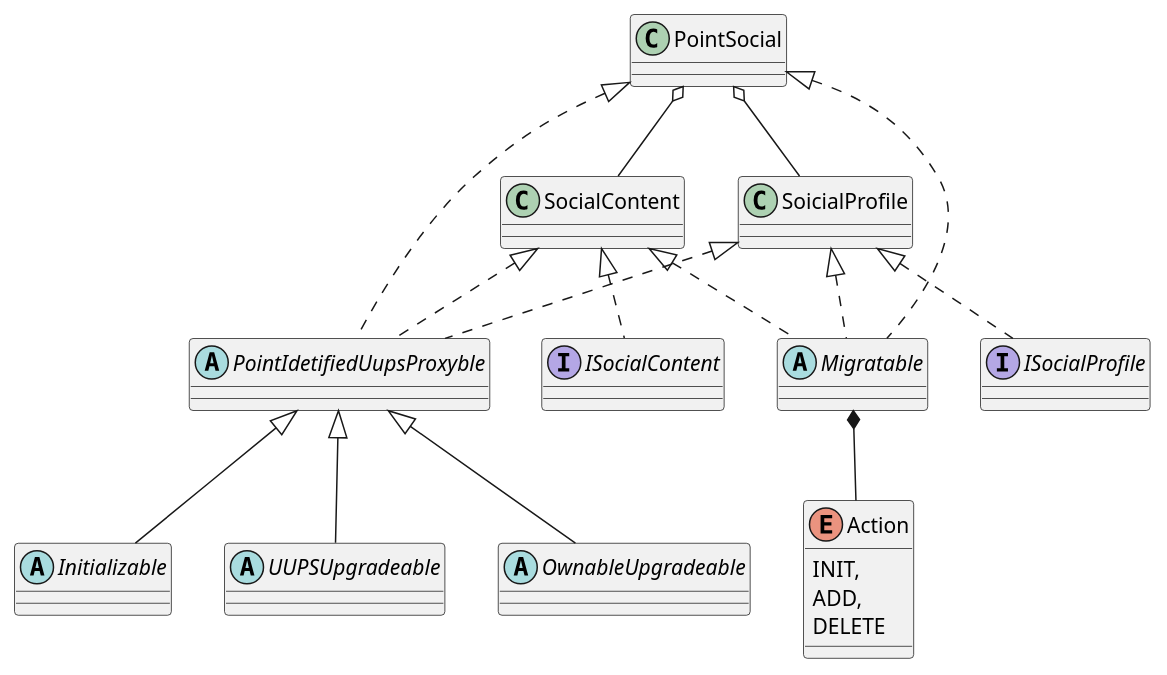
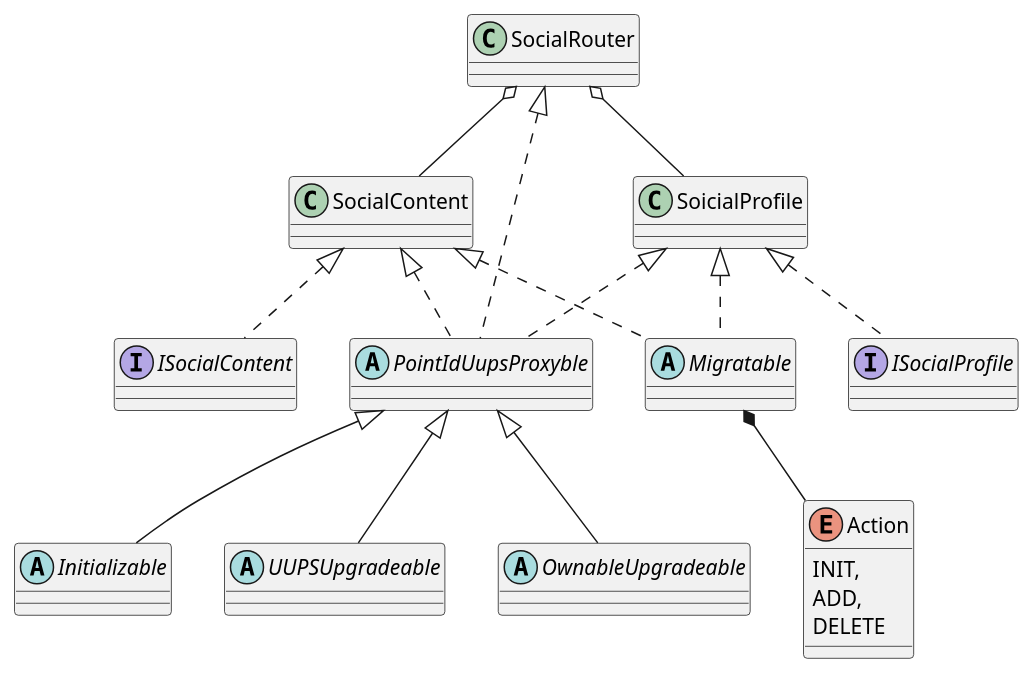
The diagram in documentation/decomposition.puml (yurivin/social.point), drawn with PlantUML before and after one commit. The commit also changed 4 other files, not shown here.

Commit message:
PointSocial architecture refactoring

```diff
--- a/documentation/decomposition.puml
+++ b/documentation/decomposition.puml
@@ -1,43 +1,41 @@
 @startuml "Point.Social"
 'https://plantuml.com/class-diagram
 
-class PointSocial
 class SoicialProfile
 class SocialContent
-abstract PointIdetifiedUupsProxyble
+abstract PointIdUupsProxyble
 abstract Migratable
 
 abstract Initializable
 abstract UUPSUpgradeable
 abstract OwnableUpgradeable
 
 interface ISocialProfile
 interface ISocialContent
 
-PointSocial o-- SoicialProfile
-PointSocial o-- SocialContent
+SocialRouter o-- SoicialProfile
+SocialRouter o-- SocialContent
 
 SoicialProfile <|.. ISocialProfile
 SocialContent <|.. ISocialContent
 
-PointSocial <|.. PointIdetifiedUupsProxyble
-SoicialProfile <|.. PointIdetifiedUupsProxyble
-SocialContent <|.. PointIdetifiedUupsProxyble
+SocialRouter <|.. PointIdUupsProxyble
+SoicialProfile <|.. PointIdUupsProxyble
+SocialContent <|.. PointIdUupsProxyble
 
-PointSocial <|.. Migratable
 SoicialProfile <|.. Migratable
 SocialContent <|.. Migratable
 
-PointIdetifiedUupsProxyble <|-- Initializable
-PointIdetifiedUupsProxyble <|-- UUPSUpgradeable
-PointIdetifiedUupsProxyble <|-- OwnableUpgradeable
+PointIdUupsProxyble <|-- Initializable
+PointIdUupsProxyble <|-- UUPSUpgradeable
+PointIdUupsProxyble <|-- OwnableUpgradeable
 
 enum Action {
     INIT,
     ADD,
     DELETE
 }
 
 Migratable *-- Action
 
 @enduml
```
